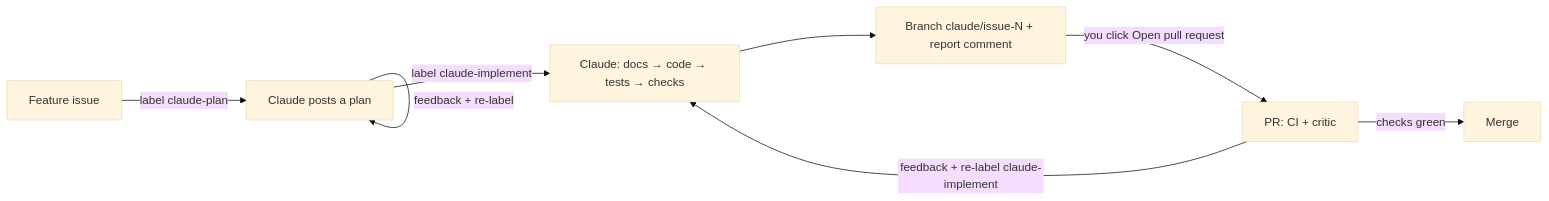
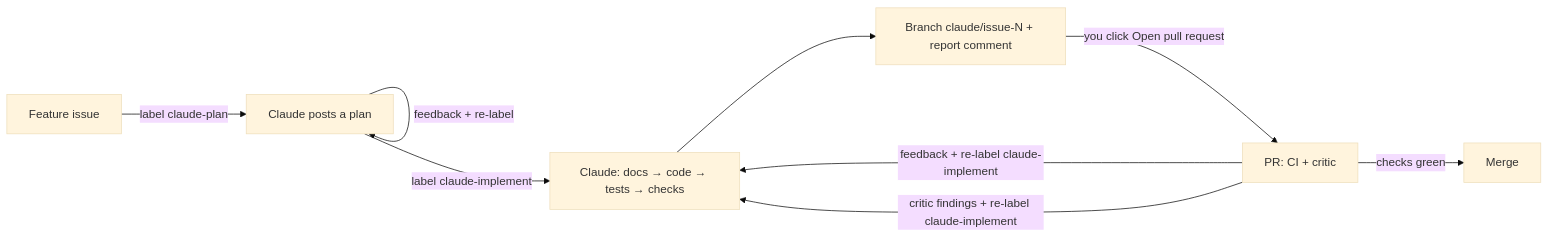
One commit to thomasclarkpersonal-sketch/Iron-and-Blood changed the diagram in docs/CLAUDE_FEATURE_PIPELINE.md. Above: the diagram before and after it, drawn with Mermaid (base theme). The commit also changed other lines of this file and 9 other files, not shown here.

First line of the commit message:
Critic: judge against main's contract; tiered findings agents act on

````diff
--- a/docs/CLAUDE_FEATURE_PIPELINE.md
+++ b/docs/CLAUDE_FEATURE_PIPELINE.md
@@ -5,10 +5,11 @@
 ```mermaid
 flowchart LR
     I[Feature issue] -->|label claude-plan| P[Claude posts a plan]
     P -->|feedback + re-label| P
     P -->|label claude-implement| B[Claude: docs → code → tests → checks]
     B --> Br[Branch claude/issue-N + report comment]
     Br -->|you click Open pull request| PR[PR: CI + critic]
     PR -->|checks green| M[Merge]
     PR -->|feedback + re-label claude-implement| B
+    PR -->|critic findings + re-label claude-implement| B
 ```
````
